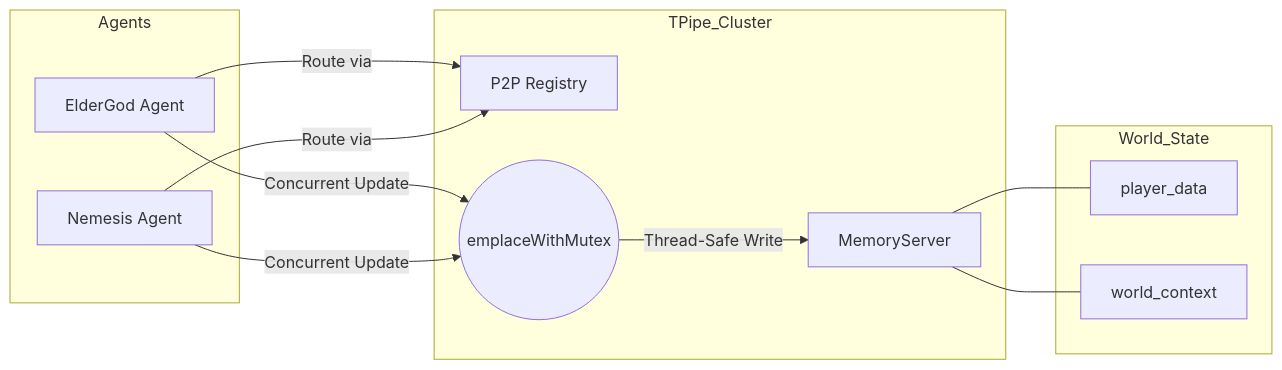
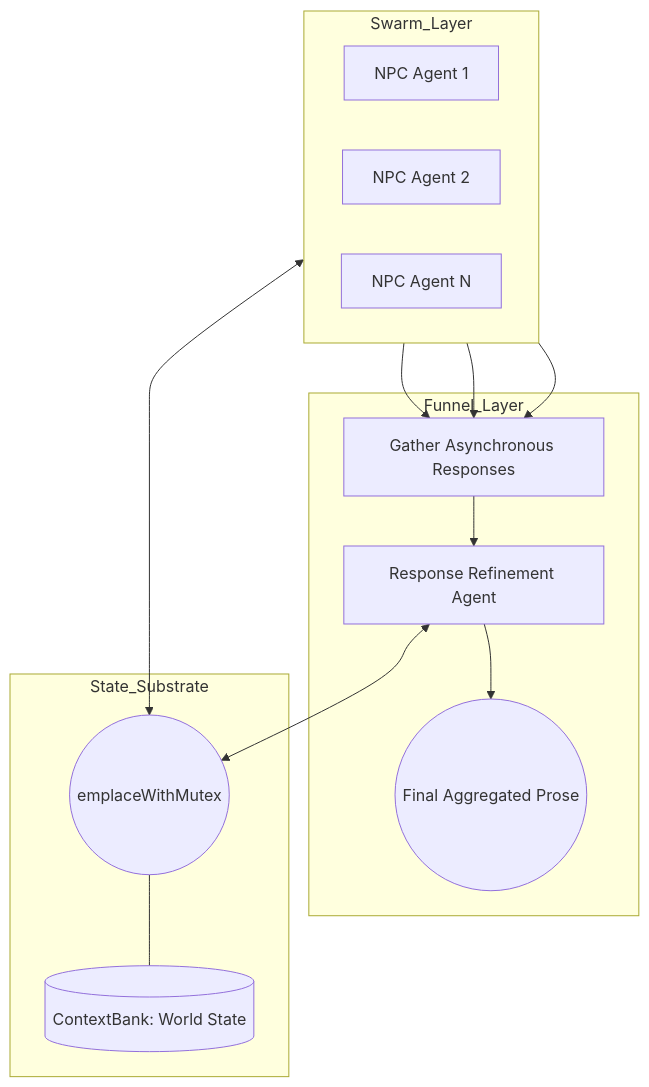
Before and after one commit to Ten-Trillion-Triangles/TPipe: the third of 3 diagrams in docs/case-studies/headless-use-cases.md, drawn with Mermaid. The commit also changed other lines of this file, not shown here.

````diff
--- a/docs/case-studies/headless-use-cases.md
+++ b/docs/case-studies/headless-use-cases.md
@@ -107,28 +93,30 @@
 ```mermaid
-graph LR
-    subgraph Agents
-        ElderGod[ElderGod Agent]
-        Nemesis[Nemesis Agent]
+graph TD
+    subgraph Swarm_Layer
+        direction LR
+        NPC1[NPC Agent 1]
+        NPC2[NPC Agent 2]
+        NPCN[NPC Agent N]
     end
 
-    subgraph TPipe_Cluster
-        Registry[P2P Registry]
-        MS[MemoryServer]
-        Mutex((emplaceWithMutex))
+    subgraph Funnel_Layer
+        Collect[Gather Asynchronous Responses]
+        Refine[Response Refinement Agent]
+        Prose((Final Aggregated Prose))
     end
 
-    ElderGod -->|Route via| Registry
-    Nemesis -->|Route via| Registry
-    
-    ElderGod -->|Concurrent Update| Mutex
-    Nemesis -->|Concurrent Update| Mutex
-    Mutex -->|Thread-Safe Write| MS
-    
-    subgraph World_State
-        PlayerData[player_data]
-        WorldContext[world_context]
+    subgraph State_Substrate
+        Mutex((emplaceWithMutex))
+        CB[(ContextBank: World State)]
     end
-    
-    MS --- PlayerData
-    MS --- WorldContext
+
+    NPC1 --> Collect
+    NPC2 --> Collect
+    NPCN --> Collect
+    Collect --> Refine
+    Refine --> Prose
+
+    Swarm_Layer <--> Mutex
+    Refine <--> Mutex
+    Mutex --- CB
 ```
````
